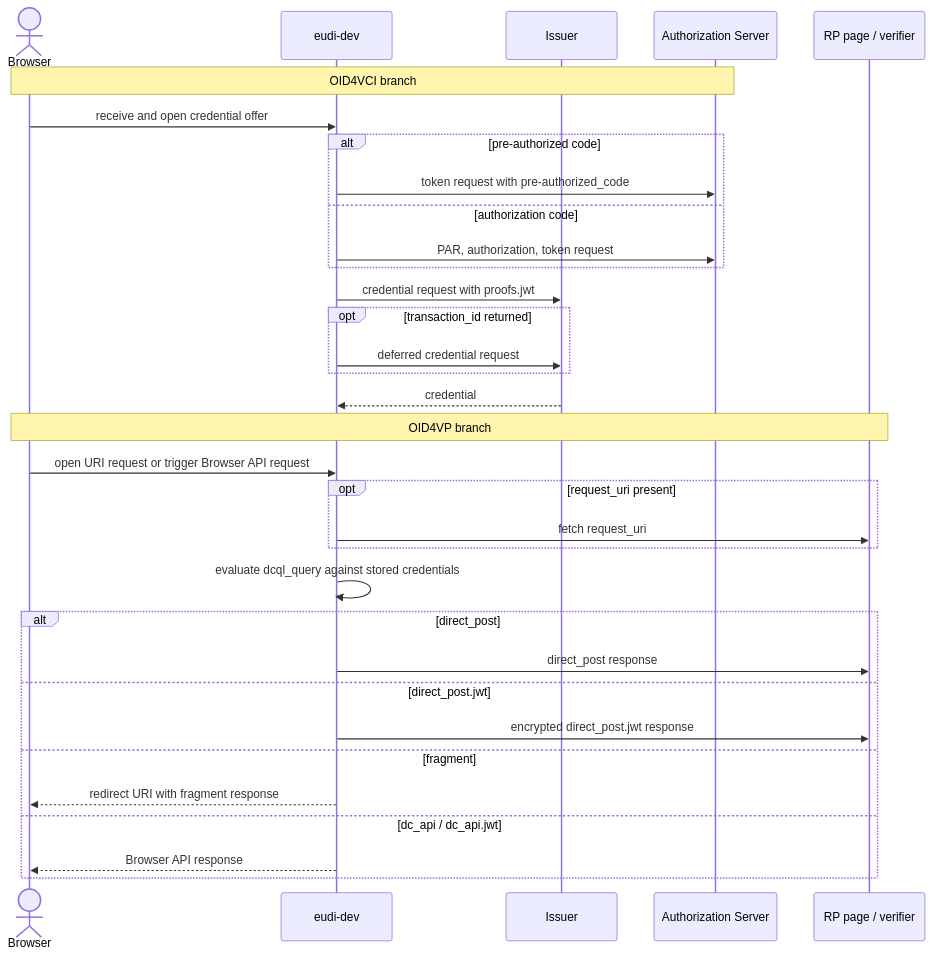
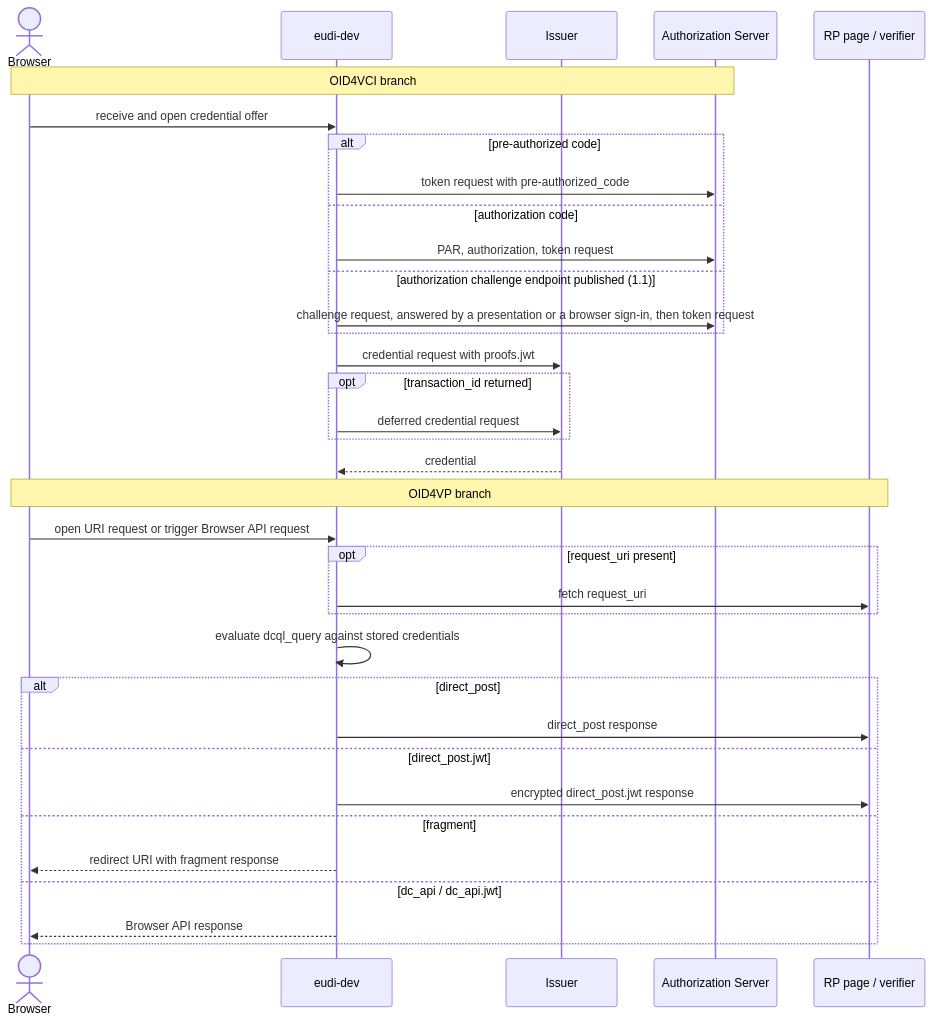
The second of 2 diagrams in docs/diagrams/README.md (dominikschlosser/eudi-dev), drawn with Mermaid before and after one commit. The commit also changed other lines of this file and 16 other files, not shown here.

Commit message:
docs: redraw the interactive authorization flow and fix outdated statements

````diff
--- a/docs/diagrams/README.md
+++ b/docs/diagrams/README.md
@@ -37,37 +37,39 @@
 ```mermaid
 sequenceDiagram
     actor Browser
     participant Wallet as eudi-dev
     participant Issuer
     participant AS as Authorization Server
     participant RP as RP page / verifier
 
     Note over Browser,AS: OID4VCI branch
     Browser->>Wallet: receive and open credential offer
     alt pre-authorized code
         Wallet->>AS: token request with pre-authorized_code
     else authorization code
         Wallet->>AS: PAR, authorization, token request
+    else authorization challenge endpoint published (1.1)
+        Wallet->>AS: challenge request, answered by a presentation or a browser sign-in, then token request
     end
     Wallet->>Issuer: credential request with proofs.jwt
     opt transaction_id returned
         Wallet->>Issuer: deferred credential request
     end
     Issuer-->>Wallet: credential
 
     Note over Browser,RP: OID4VP branch
     Browser->>Wallet: open URI request or trigger Browser API request
     opt request_uri present
         Wallet->>RP: fetch request_uri
     end
     Wallet->>Wallet: evaluate dcql_query against stored credentials
     alt direct_post
         Wallet->>RP: direct_post response
     else direct_post.jwt
         Wallet->>RP: encrypted direct_post.jwt response
     else fragment
         Wallet-->>Browser: redirect URI with fragment response
     else dc_api / dc_api.jwt
         Wallet-->>Browser: Browser API response
     end
 ```
````
